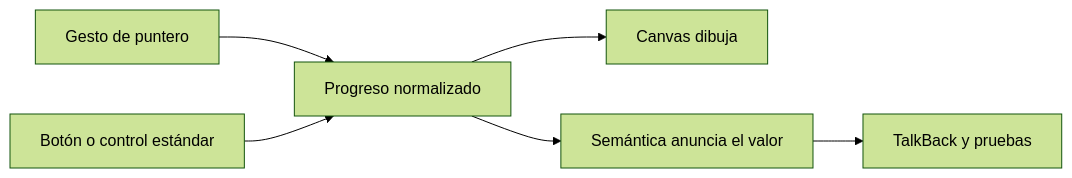
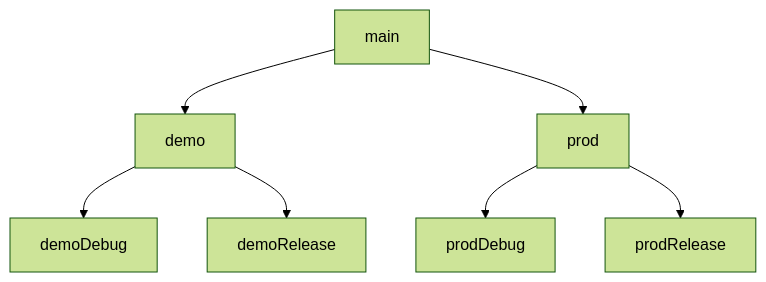
The fifth of 12 diagrams in web/public/content/android/modulo-17.md (NICORUIZ93/The_Imperial_Book), drawn with Mermaid (forest theme) before and after one commit. The commit also changed other lines of this file and 305 other files, not shown here.

````diff
--- a/web/public/content/android/modulo-17.md
+++ b/web/public/content/android/modulo-17.md
@@ -265,8 +124,9 @@
 ```mermaid
-flowchart LR
-    G[Gesto de puntero] --> E[Progreso normalizado]
-    B[Botón o control estándar] --> E
-    E --> V[Canvas dibuja]
-    E --> S[Semántica anuncia el valor]
-    S --> T[TalkBack y pruebas]
+flowchart TD
+    M[main] --> D1[demo]
+    M --> P1[prod]
+    D1 --> DD[demoDebug]
+    D1 --> DR[demoRelease]
+    P1 --> PD[prodDebug]
+    P1 --> PR[prodRelease]
 ```
````
